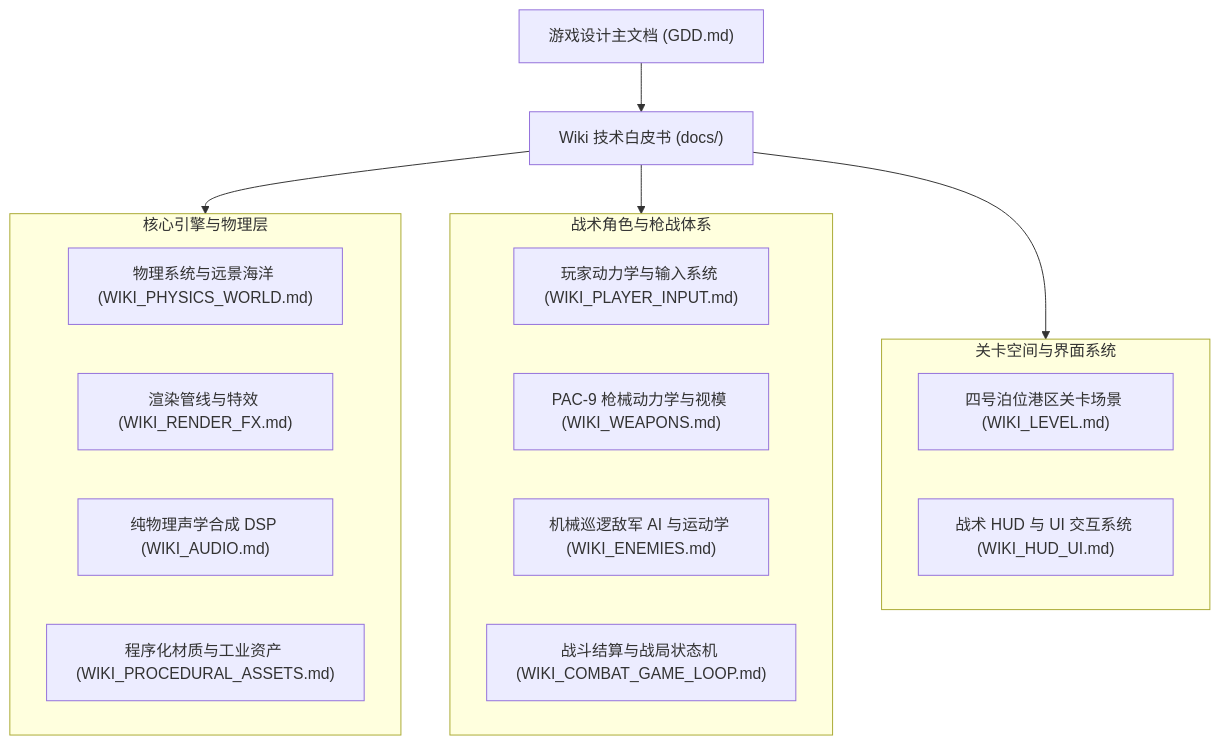
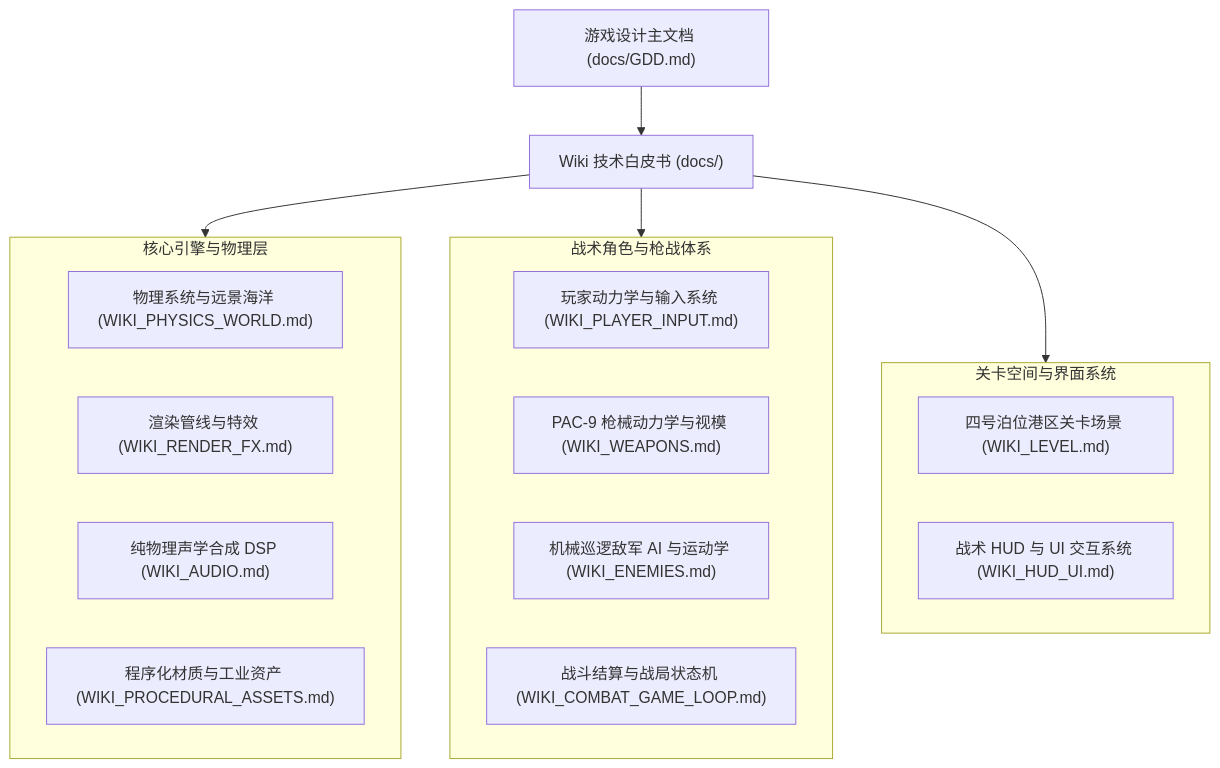
Before and after one commit to javanokia/Saltline: the diagram in docs/WIKI_INDEX.md, drawn with Mermaid. The commit also changed other lines of this file and 12 other files, not shown here.

````diff
--- a/docs/WIKI_INDEX.md
+++ b/docs/WIKI_INDEX.md
@@ -11,27 +11,27 @@
 ```mermaid
 graph TD
-    Master["游戏设计主文档 (GDD.md)"] --> Arch["Wiki 技术白皮书 (docs/)"]
+    Master["游戏设计主文档 (docs/GDD.md)"] --> Arch["Wiki 技术白皮书 (docs/)"]
     
     subgraph CoreEngine ["核心引擎与物理层"]
         W_PHYS["物理系统与远景海洋 (WIKI_PHYSICS_WORLD.md)"]
         W_REND["渲染管线与特效 (WIKI_RENDER_FX.md)"]
         W_AUDI["纯物理声学合成 DSP (WIKI_AUDIO.md)"]
         W_ASST["程序化材质与工业资产 (WIKI_PROCEDURAL_ASSETS.md)"]
     end
     
     subgraph TacticalPlay ["战术角色与枪战体系"]
         W_PLYR["玩家动力学与输入系统 (WIKI_PLAYER_INPUT.md)"]
         W_WEAP["PAC-9 枪械动力学与视模 (WIKI_WEAPONS.md)"]
         W_ENEM["机械巡逻敌军 AI 与运动学 (WIKI_ENEMIES.md)"]
         W_CMBT["战斗结算与战局状态机 (WIKI_COMBAT_GAME_LOOP.md)"]
     end
 
     subgraph LevelAndUI ["关卡空间与界面系统"]
         W_LEVL["四号泊位港区关卡场景 (WIKI_LEVEL.md)"]
         W_HUDU["战术 HUD 与 UI 交互系统 (WIKI_HUD_UI.md)"]
     end
 
     Arch --> CoreEngine
     Arch --> TacticalPlay
     Arch --> LevelAndUI
 ```
````
